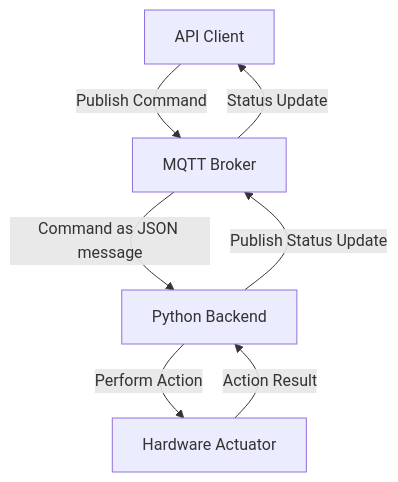
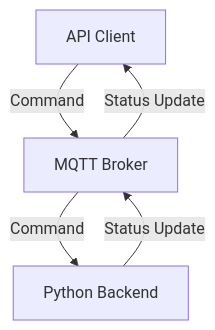
Before and after one commit to PlanktoScope/PlanktoScope: the diagram in documentation/docs/reference/software/interfaces/mqtt.md, drawn with Mermaid. The commit also changed other lines of this file, not shown here.

Commit message:
Improve the API heading structure, the API overview, and the Pump section

````diff
--- a/documentation/docs/reference/software/interfaces/mqtt.md
+++ b/documentation/docs/reference/software/interfaces/mqtt.md
@@ -8,10 +5,8 @@
 ```mermaid
 flowchart TD
-    API[API Client] -->|Publish Command| Broker[MQTT Broker]
-    Broker -->|Command as JSON message| Backend[Python Backend]
-    Backend -->|Perform Action| Actuator[Hardware Actuator]
-    Actuator -->|Action Result| Backend
-    Backend -->|Publish Status Update| Broker[MQTT Broker]
+    API[API Client] -->|Command| Broker[MQTT Broker]
+    Broker -->|Command| Backend[Python Backend]
+    Backend -->|Status Update| Broker[MQTT Broker]
     Broker -->|Status Update| API
 
 ```
````
